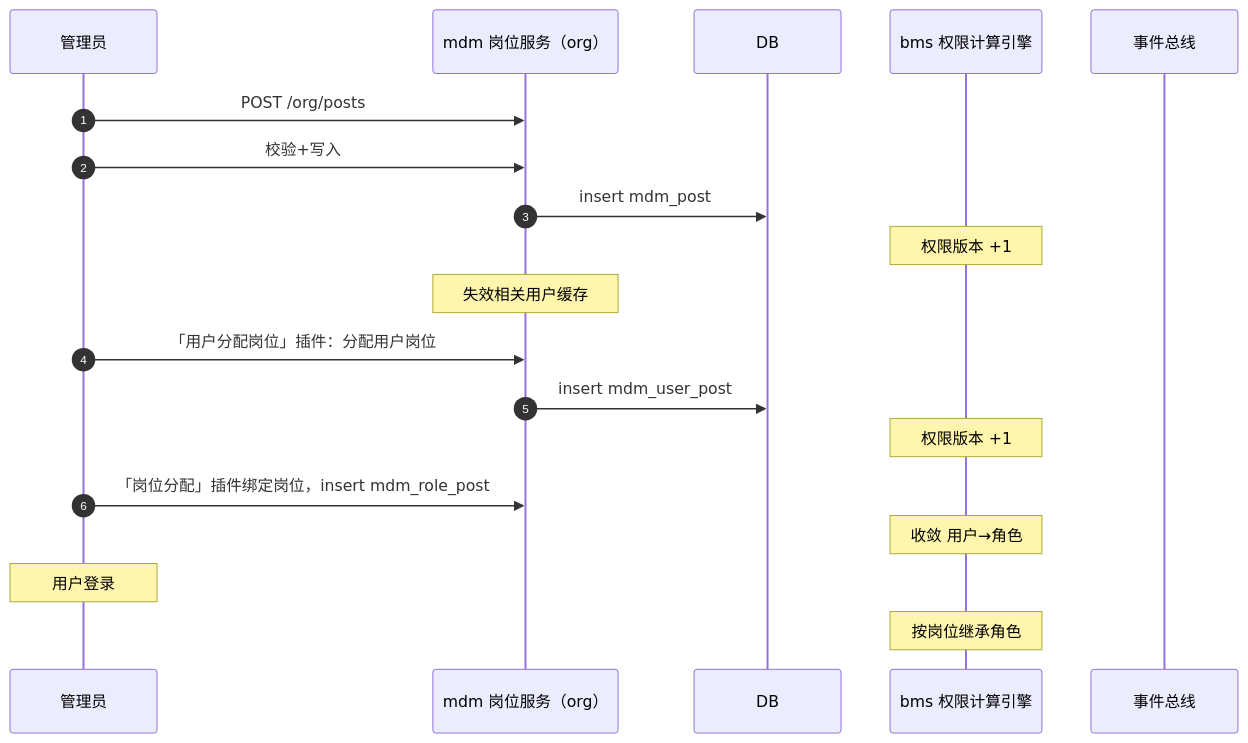
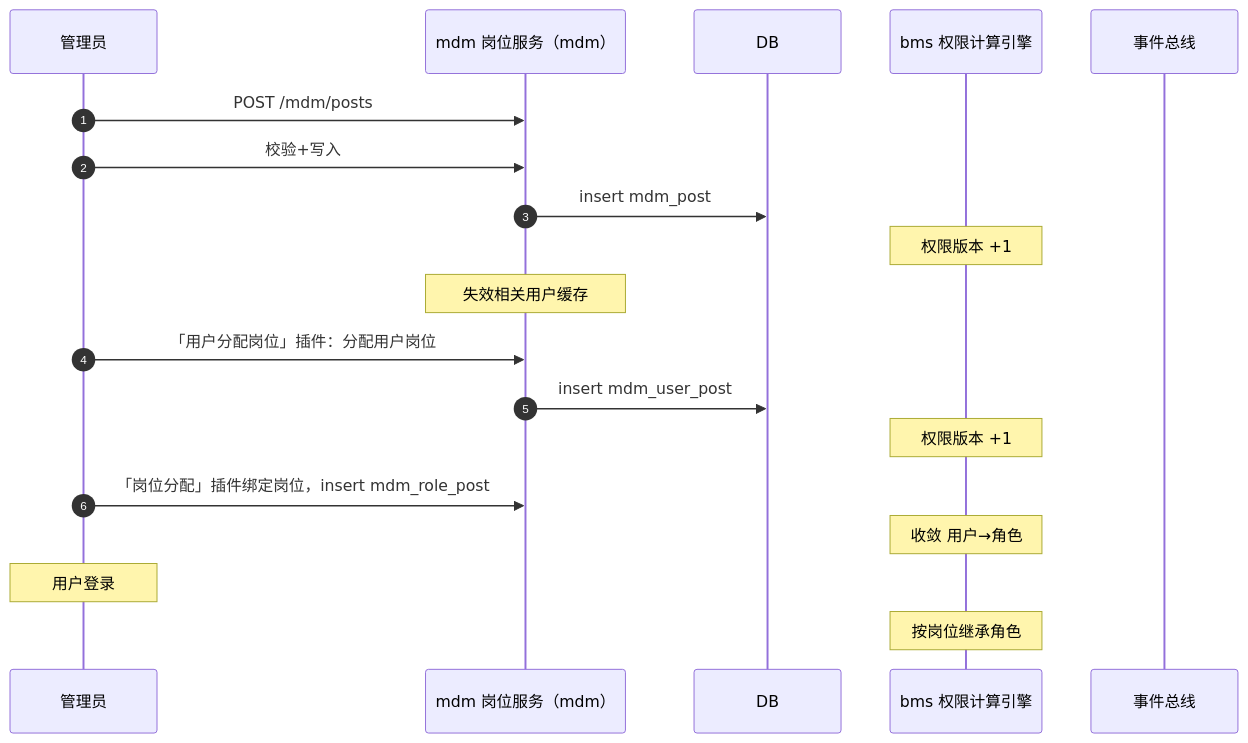
The diagram in mdm文档/设计/概要设计/02_概要设计_岗位管理.md (minjian123/master-data-management), drawn with Mermaid before and after one commit. The commit also changed other lines of this file and 314 other files, not shown here.

Commit message:
refactor(命名): 全仓 org 统一为 mdm（目录/模块键/能力名/常量/文档）

````diff
--- a/mdm文档/设计/概要设计/02_概要设计_岗位管理.md
+++ b/mdm文档/设计/概要设计/02_概要设计_岗位管理.md
@@ -50,22 +50,22 @@
 ```mermaid
 sequenceDiagram
     autonumber
     participant 管理员
-    participant 岗位服务 as mdm 岗位服务（org）
+    participant 岗位服务 as mdm 岗位服务（mdm）
     participant DB
     participant 权限计算引擎 as bms 权限计算引擎
     participant 事件总线
 
-    管理员->>岗位服务: POST /org/posts
+    管理员->>岗位服务: POST /mdm/posts
     管理员->>岗位服务: 校验+写入
     岗位服务->>DB: insert mdm_post
     Note over 权限计算引擎: 权限版本 +1
     Note over 岗位服务: 失效相关用户缓存
     管理员->>岗位服务: 「用户分配岗位」插件：分配用户岗位
     岗位服务->>DB: insert mdm_user_post
     Note over 权限计算引擎: 权限版本 +1
     管理员->>岗位服务: 「岗位分配」插件绑定岗位，insert mdm_role_post
     Note over 权限计算引擎: 收敛 用户→角色
     Note over 管理员: 用户登录
     Note over 权限计算引擎: 按岗位继承角色
 ```
````
